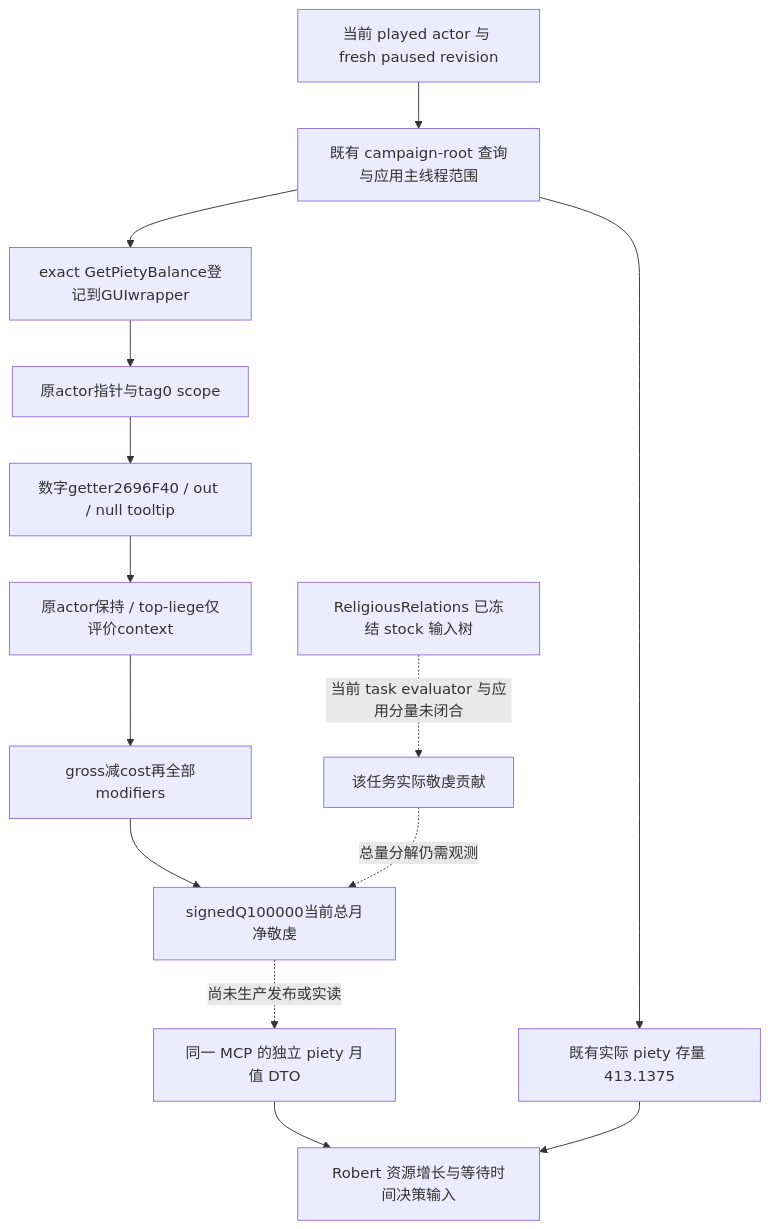
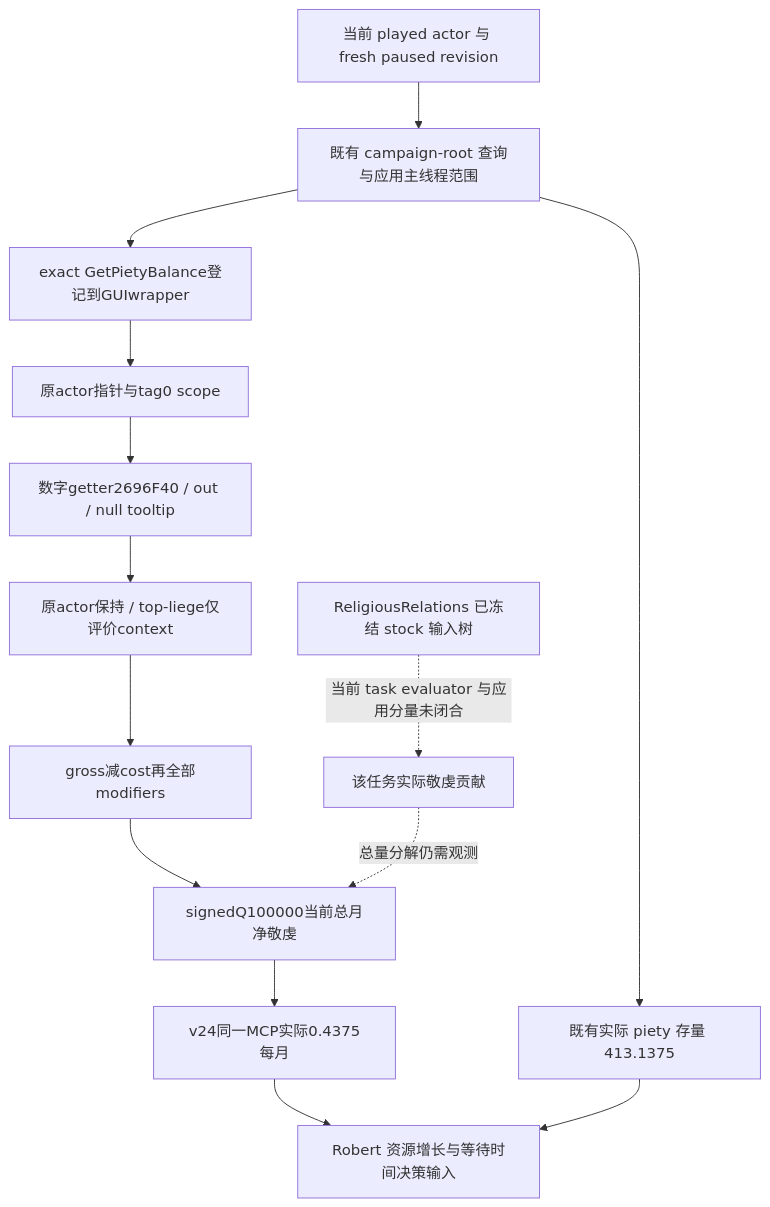
One commit to XenoAmess/ck3_eternal_recurrence changed the diagram in docs/ck3-native-ai/monthly-piety-native-ai-12003.md. Above: the diagram before and after it, drawn with Mermaid. The commit also changed other lines of this file and 7 other files, not shown here.

````diff
--- a/docs/ck3-native-ai/monthly-piety-native-ai-12003.md
+++ b/docs/ck3-native-ai/monthly-piety-native-ai-12003.md
@@ -63,16 +63,16 @@
 ```mermaid
 flowchart TD
     A[当前 played actor 与 fresh paused revision] --> B[既有 campaign-root 查询与应用主线程范围]
     B --> G[既有实际 piety 存量 413.1375]
     B --> L[exact GetPietyBalance登记到GUIwrapper]
     L --> S[原actor指针与tag0 scope]
     S --> N[数字getter2696F40 / out / null tooltip]
     N --> Ctx[原actor保持 / top-liege仅评价context]
     Ctx --> Net[gross减cost再全部modifiers]
     Net --> M[signedQ100000当前总月净敬虔]
-    M -. 尚未生产发布或实读 .-> Q[同一 MCP 的独立 piety 月值 DTO]
+    M --> Q[v24同一MCP实际0.4375每月]
     Q --> D[Robert 资源增长与等待时间决策输入]
     G --> D
     T[ReligiousRelations 已冻结 stock 输入树] -. 当前 task evaluator 与应用分量未闭合 .-> C[该任务实际敬虔贡献]
     C -. 总量分解仍需观测 .-> M
 ```
````
